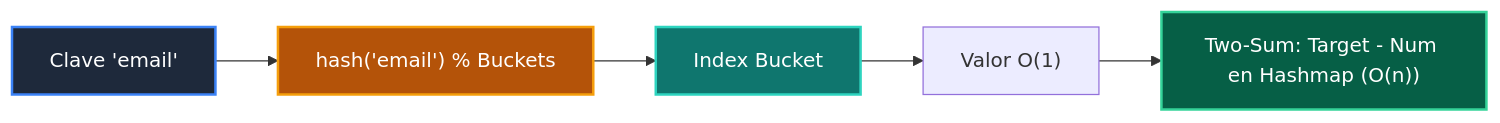
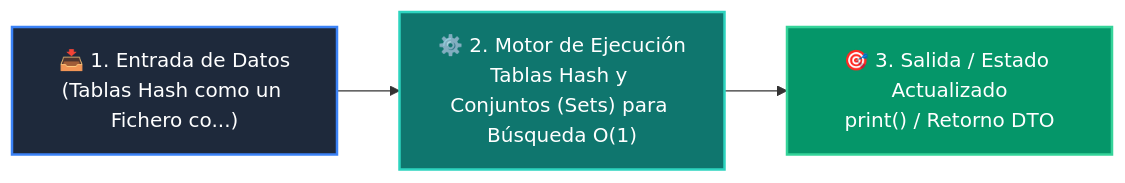
The diagram in 02-algoritmos-estructuras/clase-03-tablas-hash-y-sets/README.md (wisrovi/wisrovi-python), drawn with Mermaid before and after one commit. The commit also changed other lines of this file and 54 other files, not shown here.

Commit message:
refactor: clean repository root by moving maintenance scripts to scripts/ and restore rich high-contrast Mermaid diagrams for all classes and examples

````diff
--- a/02-algoritmos-estructuras/clase-03-tablas-hash-y-sets/README.md
+++ b/02-algoritmos-estructuras/clase-03-tablas-hash-y-sets/README.md
@@ -12,12 +12,9 @@
 ```mermaid
 flowchart LR
-    K["Clave 'email'"] --> H["hash('email') % Buckets"]
-    H --> B["Index Bucket"]
-    B --> V["Valor O(1)"]
-    V --> TWOSUM["Two-Sum: Target - Num en Hashmap (O(n))"]
+    A["📥 1. Entrada de Datos<br/>(Tablas Hash como un Fichero co...)"] --> B["⚙️ 2. Motor de Ejecución<br/>Tablas Hash y Conjuntos (Sets) para Búsqueda O(1)"]
+    B --> C["🎯 3. Salida / Estado Actualizado<br/>print() / Retorno DTO"]
 
-    style K fill:#1e293b,color:#fff,stroke:#3b82f6,stroke-width:2px
-    style H fill:#b45309,color:#fff,stroke:#f59e0b,stroke-width:2px
-    style B fill:#0f766e,color:#fff,stroke:#2dd4bf,stroke-width:2px
-    style TWOSUM fill:#065f46,color:#fff,stroke:#34d399,stroke-width:2px
+    style A fill:#1e293b,color:#ffffff,stroke:#3b82f6,stroke-width:2px
+    style B fill:#0f766e,color:#ffffff,stroke:#2dd4bf,stroke-width:2px
+    style C fill:#059669,color:#ffffff,stroke:#34d399,stroke-width:2px
 ```
````
